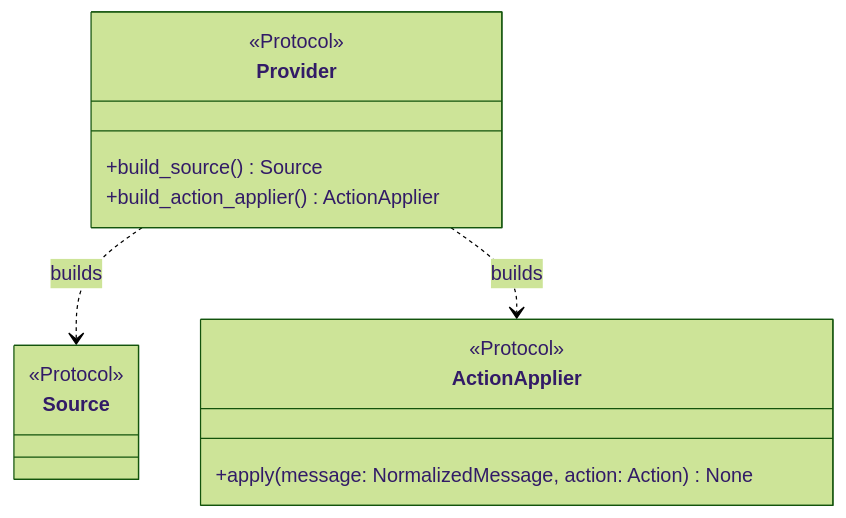
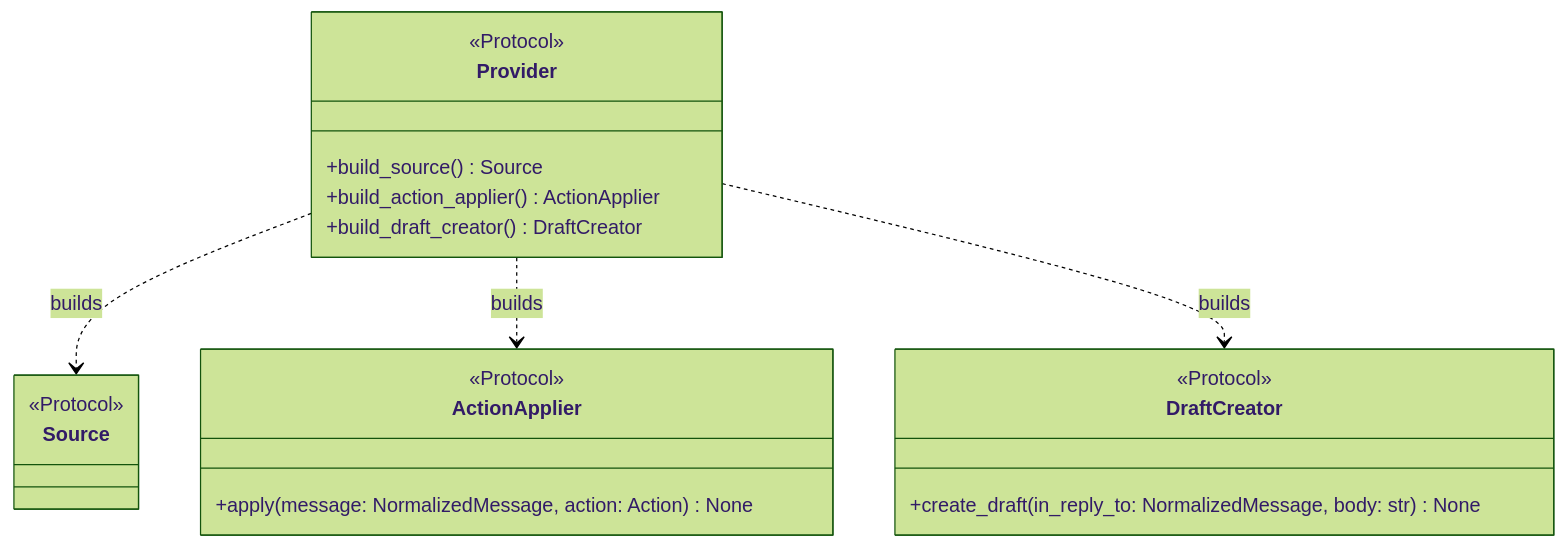
Before and after one commit to Stainless5166/friendly-octo-spork: the fourth of 27 diagrams in docs/DESIGN.md, drawn with Mermaid (forest theme). The commit also changed other lines of this file, not shown here.

First line of the commit message:
Design: draft creation path via Provider.build_draft_creator() (§10.6)

````diff
--- a/docs/DESIGN.md
+++ b/docs/DESIGN.md
@@ -322,16 +322,22 @@
 ```mermaid
 classDiagram
     class ActionApplier {
         <<Protocol>>
         +apply(message: NormalizedMessage, action: Action) None
     }
+    class DraftCreator {
+        <<Protocol>>
+        +create_draft(in_reply_to: NormalizedMessage, body: str) None
+    }
     class Provider {
         <<Protocol>>
         +build_source() Source
         +build_action_applier() ActionApplier
+        +build_draft_creator() DraftCreator
     }
     class Source { <<Protocol>> }
 
     Provider ..> Source : builds
     Provider ..> ActionApplier : builds
+    Provider ..> DraftCreator : builds
 ```
````
